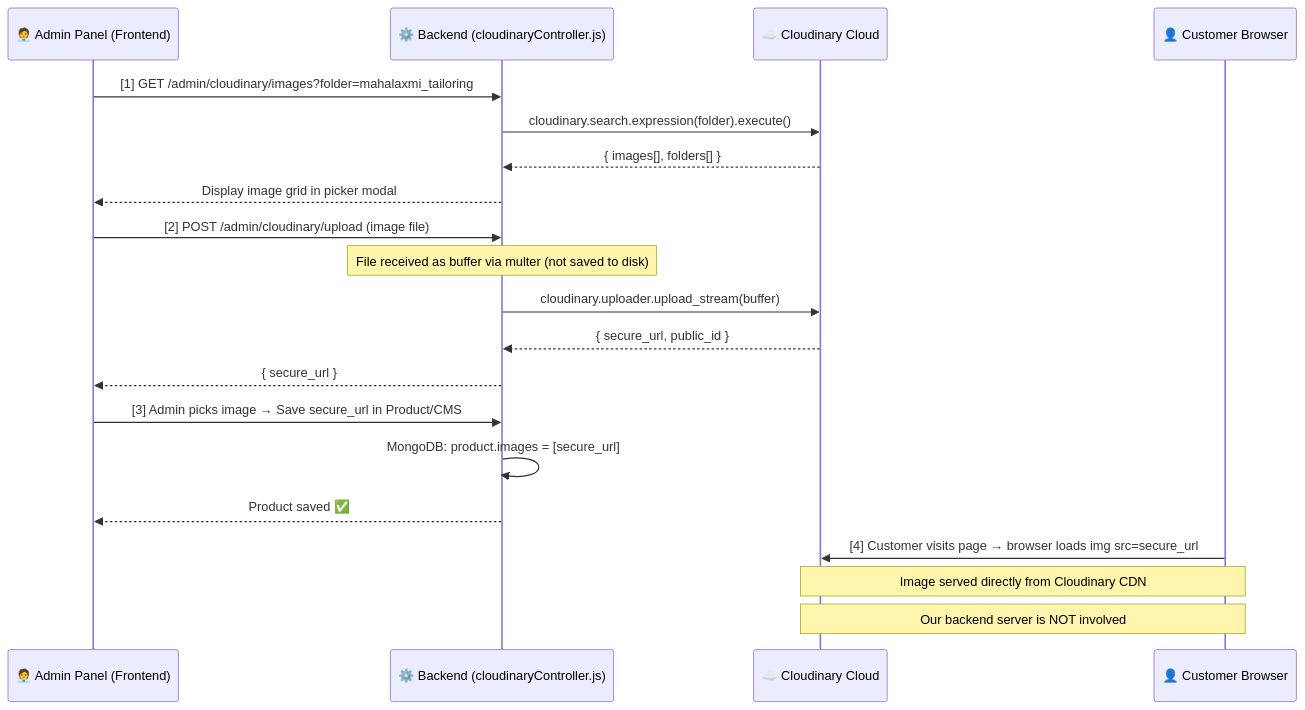
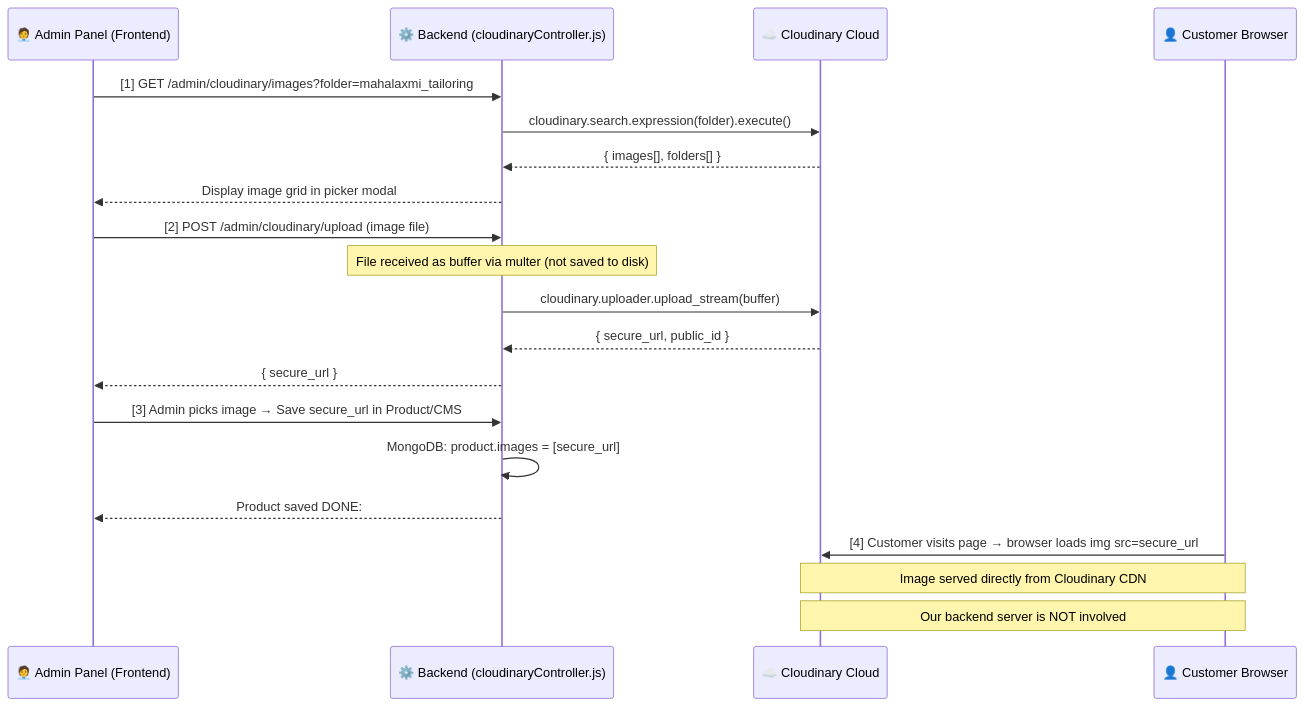
One commit to ayushdayal900/Mahalaxmi-Tailoring changed the second of 6 diagrams in QA.md. Above: the diagram before and after it, drawn with Mermaid. The commit also changed other lines of this file and 19 other files, not shown here.

````diff
--- a/QA.md
+++ b/QA.md
@@ -607,26 +607,26 @@
 ```mermaid
 sequenceDiagram
     participant A as 🧑‍💼 Admin Panel (Frontend)
     participant B as ⚙️ Backend (cloudinaryController.js)
     participant C as ☁️ Cloudinary Cloud
     participant U as 👤 Customer Browser
 
     A->>B: [1] GET /admin/cloudinary/images?folder=mahalaxmi_tailoring
     B->>C: cloudinary.search.expression(folder).execute()
     C-->>B: { images[], folders[] }
     B-->>A: Display image grid in picker modal
 
     A->>B: [2] POST /admin/cloudinary/upload (image file)
     Note over B: File received as buffer via multer (not saved to disk)
     B->>C: cloudinary.uploader.upload_stream(buffer)
     C-->>B: { secure_url, public_id }
     B-->>A: { secure_url }
 
     A->>B: [3] Admin picks image → Save secure_url in Product/CMS
     B->>B: MongoDB: product.images = [secure_url]
-    B-->>A: Product saved ✅
+    B-->>A: Product saved DONE: 
 
     U->>C: [4] Customer visits page → browser loads img src=secure_url
     Note over U,C: Image served directly from Cloudinary CDN
     Note over U,C: Our backend server is NOT involved
 ```
````
